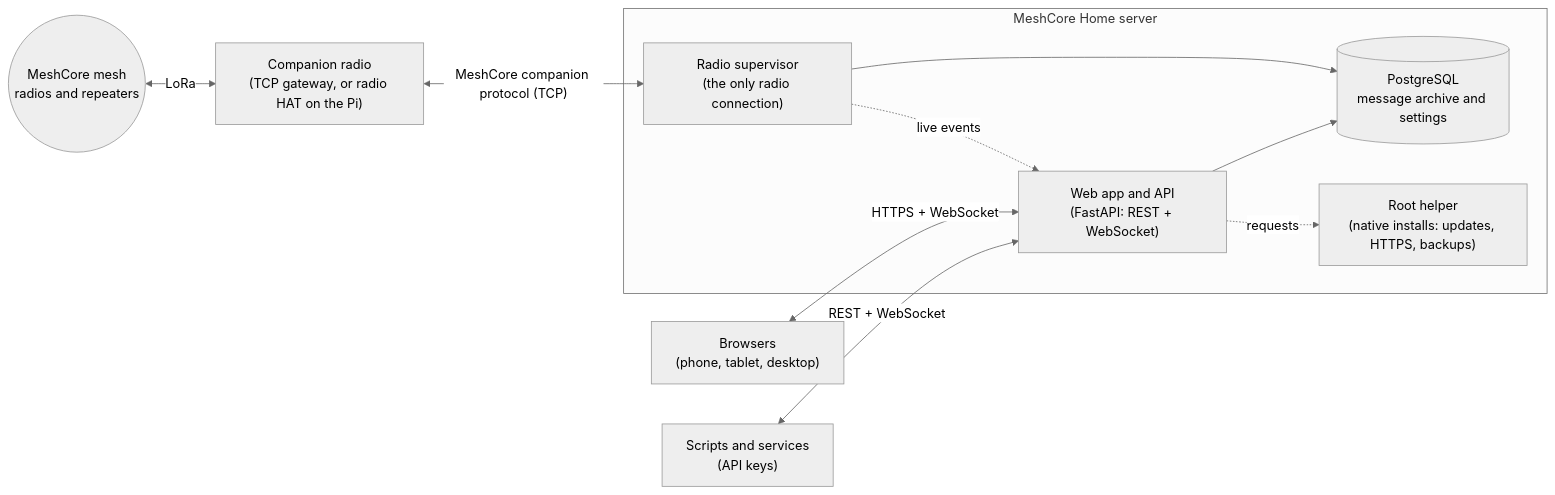
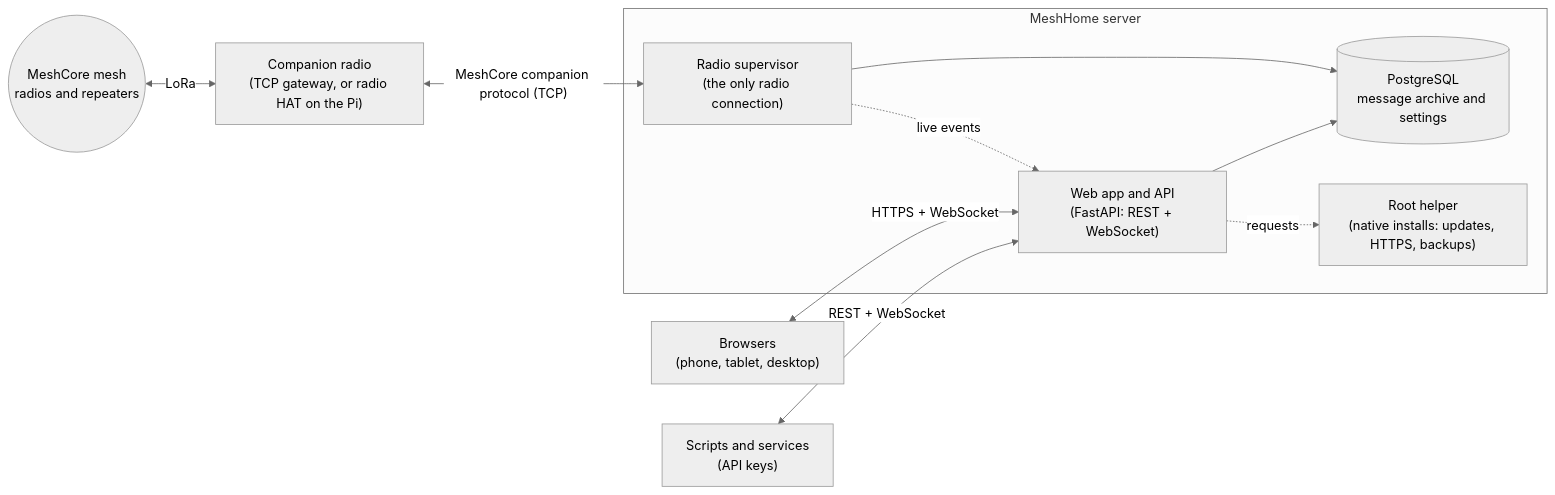
Before and after one commit to roach0816/MeshCoreHome: the diagram in README.md, drawn with Mermaid (neutral theme). The commit also changed other lines of this file and 77 other files, not shown here.

First line of the commit message:
v0.9.0: renamed to MeshHome

````diff
--- a/README.md
+++ b/README.md
@@ -118,22 +118,22 @@
 ```mermaid
 flowchart LR
     mesh(("MeshCore mesh<br/>radios and repeaters"))
     radio["Companion radio<br/>(TCP gateway, or radio HAT on the Pi)"]
-    subgraph server["MeshCore Home server"]
+    subgraph server["MeshHome server"]
         supervisor["Radio supervisor<br/>(the only radio connection)"]
         app["Web app and API<br/>(FastAPI: REST + WebSocket)"]
         db[("PostgreSQL<br/>message archive and settings")]
         helper["Root helper<br/>(native installs: updates, HTTPS, backups)"]
     end
     browsers["Browsers<br/>(phone, tablet, desktop)"]
     scripts["Scripts and services<br/>(API keys)"]
 
     mesh <-->|LoRa| radio
     radio <-->|"MeshCore companion protocol (TCP)"| supervisor
     supervisor --> db
     app --> db
     supervisor -. live events .-> app
     browsers <-->|"HTTPS + WebSocket"| app
     scripts <-->|"REST + WebSocket"| app
     app -. requests .-> helper
 ```
````
